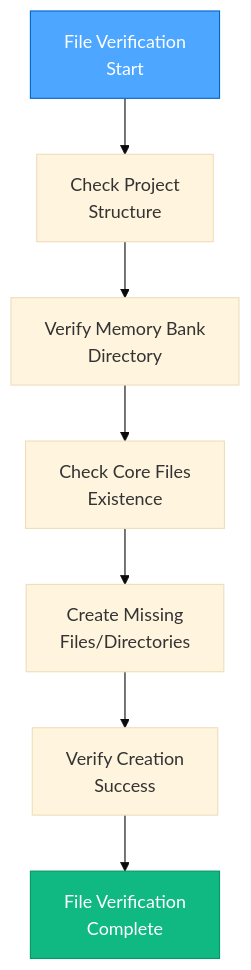
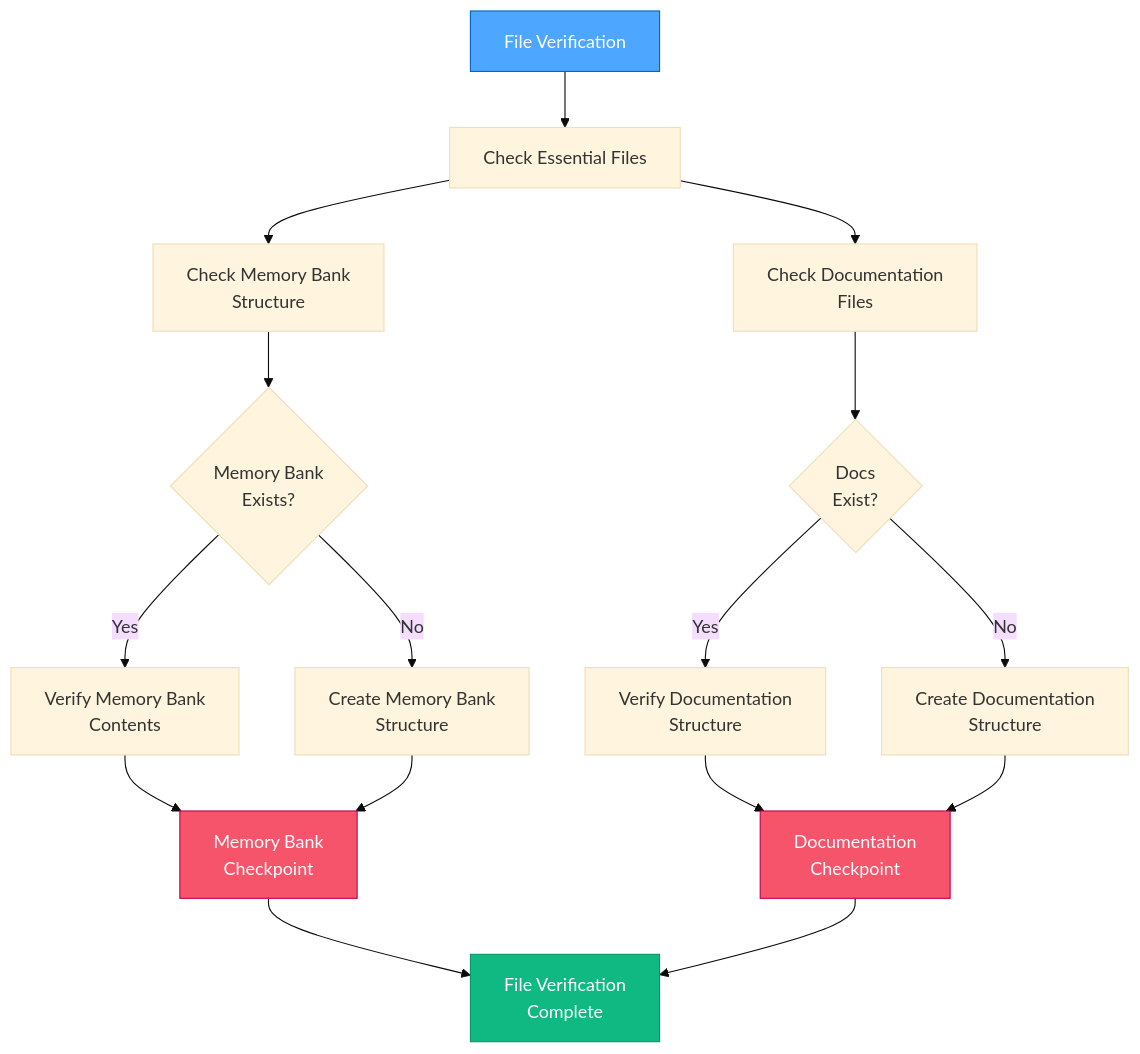
The third of 13 diagrams in .cursor/rules/isolation_rules/visual-maps/van_mode_split/van-mode-map.mdc (ms-moar/cursor-tools), drawn with Mermaid (base theme) before and after one commit. The commit also changed other lines of this file and 36 other files, not shown here.

````diff
--- a/.cursor/rules/isolation_rules/visual-maps/van_mode_split/van-mode-map.mdc
+++ b/.cursor/rules/isolation_rules/visual-maps/van_mode_split/van-mode-map.mdc
@@ -98,12 +103,25 @@
 ```mermaid
 graph TD
-    Start["File Verification<br>Start"] --> CheckStructure["Check Project<br>Structure"]
-    CheckStructure --> MemoryBank["Verify Memory Bank<br>Directory"]
-    MemoryBank --> CoreFiles["Check Core Files<br>Existence"]
-    CoreFiles --> CreateMissing["Create Missing<br>Files/Directories"]
-    CreateMissing --> VerifyCreation["Verify Creation<br>Success"]
-    VerifyCreation --> Complete["File Verification<br>Complete"]
+    FV["File Verification"] --> CheckFiles["Check Essential Files"]
+    CheckFiles --> CheckMB["Check Memory Bank<br>Structure"]
+    CheckMB --> MBExists{"Memory Bank<br>Exists?"}
     
-    style Start fill:#4da6ff,stroke:#0066cc,color:white
-    style Complete fill:#10b981,stroke:#059669,color:white
+    MBExists -->|"Yes"| VerifyMB["Verify Memory Bank<br>Contents"]
+    MBExists -->|"No"| CreateMB["Create Memory Bank<br>Structure"]
+    
+    CheckFiles --> CheckDocs["Check Documentation<br>Files"]
+    CheckDocs --> DocsExist{"Docs<br>Exist?"}
+    
+    DocsExist -->|"Yes"| VerifyDocs["Verify Documentation<br>Structure"]
+    DocsExist -->|"No"| CreateDocs["Create Documentation<br>Structure"]
+    
+    VerifyMB & CreateMB --> MBCP["Memory Bank<br>Checkpoint"]
+    VerifyDocs & CreateDocs --> DocsCP["Documentation<br>Checkpoint"]
+    
+    MBCP & DocsCP --> FileComplete["File Verification<br>Complete"]
+    
+    style FV fill:#4da6ff,stroke:#0066cc,color:white
+    style FileComplete fill:#10b981,stroke:#059669,color:white
+    style MBCP fill:#f6546a,stroke:#c30052,color:white
+    style DocsCP fill:#f6546a,stroke:#c30052,color:white
 ```
````
